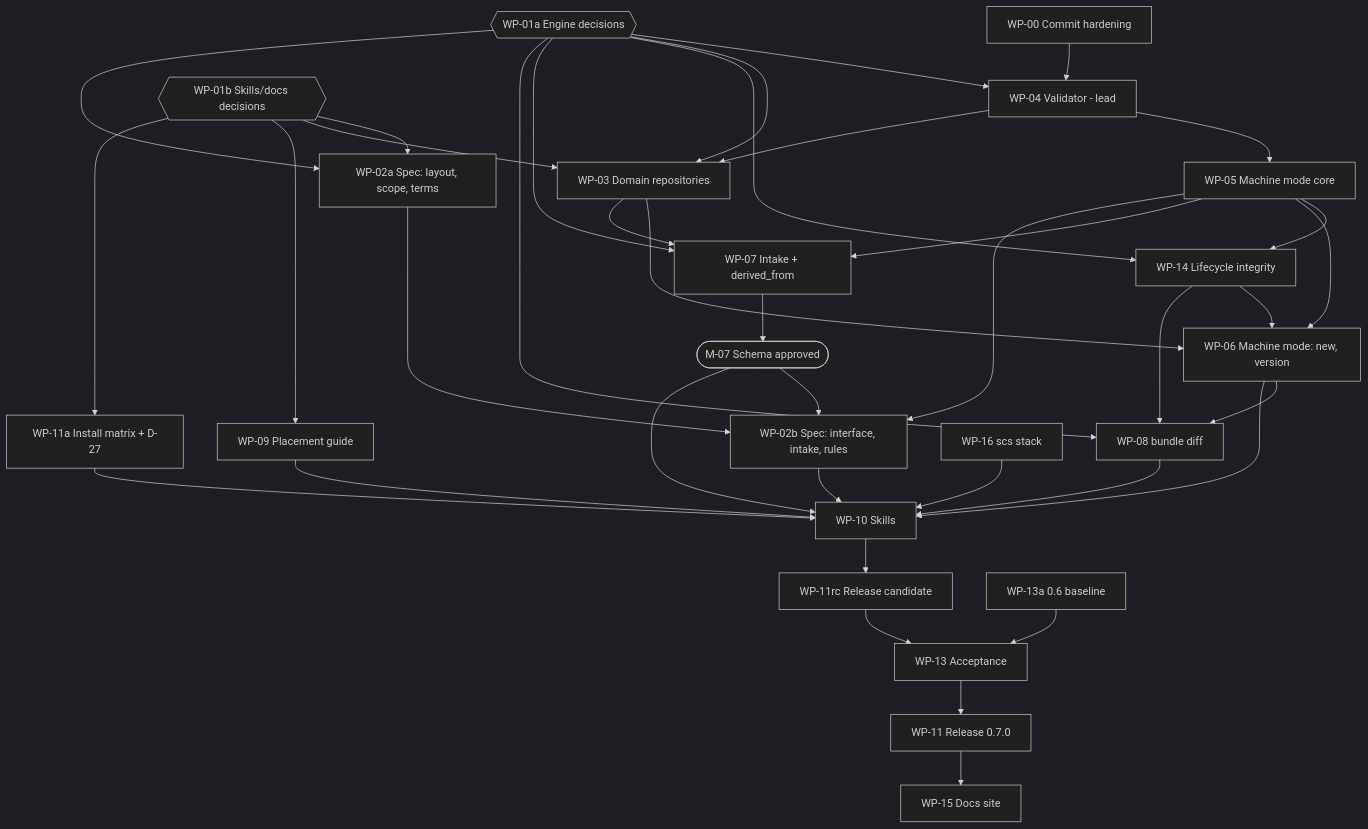
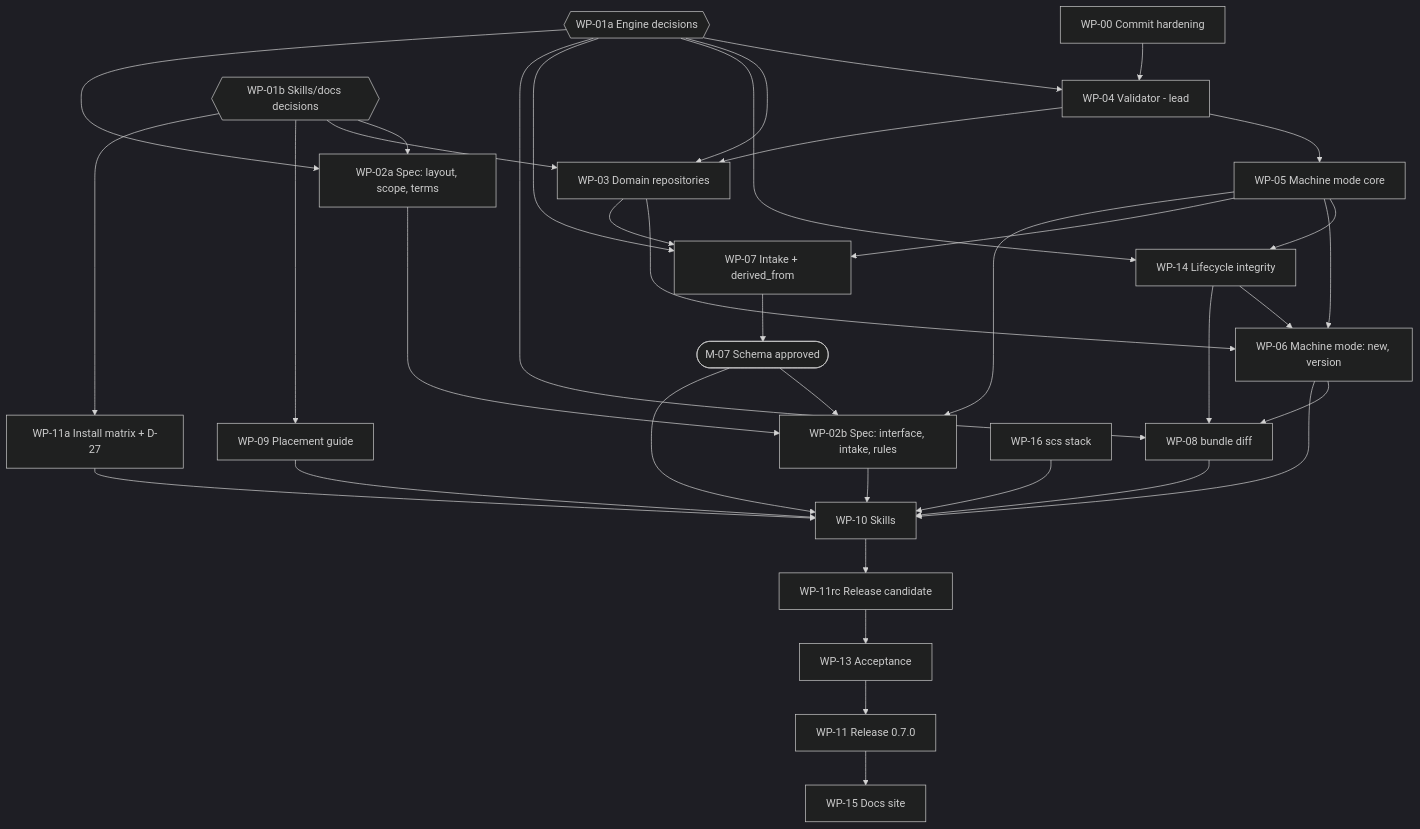
One commit to tim-mccrimmon/structured-context-spec changed the diagram in plan/0.7/06-work-breakdown.md. Above: the diagram before and after it, drawn with Mermaid (dark theme). The commit also changed other lines of this file and 2 other files, not shown here.

````diff
--- a/plan/0.7/06-work-breakdown.md
+++ b/plan/0.7/06-work-breakdown.md
@@ -18,40 +18,39 @@
 ```mermaid
 graph TD
   WP00[WP-00 Commit hardening] --> WP04
   WP01a{{WP-01a Engine decisions}} --> WP04
   WP01a --> WP03
   WP01a --> WP14
   WP01a --> WP07
   WP01a --> WP08
   WP01a --> WP02a
   WP01b{{WP-01b Skills/docs decisions}} --> WP02a
   WP01b --> WP03
   WP01b --> WP09
   WP01b --> WP11a
   WP04[WP-04 Validator - lead] --> WP05
   WP04 --> WP03
   WP05[WP-05 Machine mode core] --> WP14
   WP05 --> WP06
   WP05 --> WP07
   WP05 --> WP02b
   WP03[WP-03 Domain repositories] --> WP06
   WP03 --> WP07
   WP14[WP-14 Lifecycle integrity] --> WP06
   WP14 --> WP08
   WP06[WP-06 Machine mode: new, version] --> WP08
   WP07[WP-07 Intake + derived_from] --> M07([M-07 Schema approved])
   M07 --> WP02b
   M07 --> WP10
   WP02a[WP-02a Spec: layout, scope, terms] --> WP02b[WP-02b Spec: interface, intake, rules]
   WP02b --> WP10
   WP06 --> WP10
   WP08[WP-08 bundle diff] --> WP10
   WP09[WP-09 Placement guide] --> WP10
   WP16[WP-16 scs stack] --> WP10
   WP11a[WP-11a Install matrix + D-27] --> WP10
   WP10[WP-10 Skills] --> WP11rc[WP-11rc Release candidate]
   WP11rc --> WP13[WP-13 Acceptance]
-  WP13a[WP-13a 0.6 baseline] --> WP13
   WP13 --> WP11[WP-11 Release 0.7.0]
   WP11 --> WP15[WP-15 Docs site]
 ```
````
